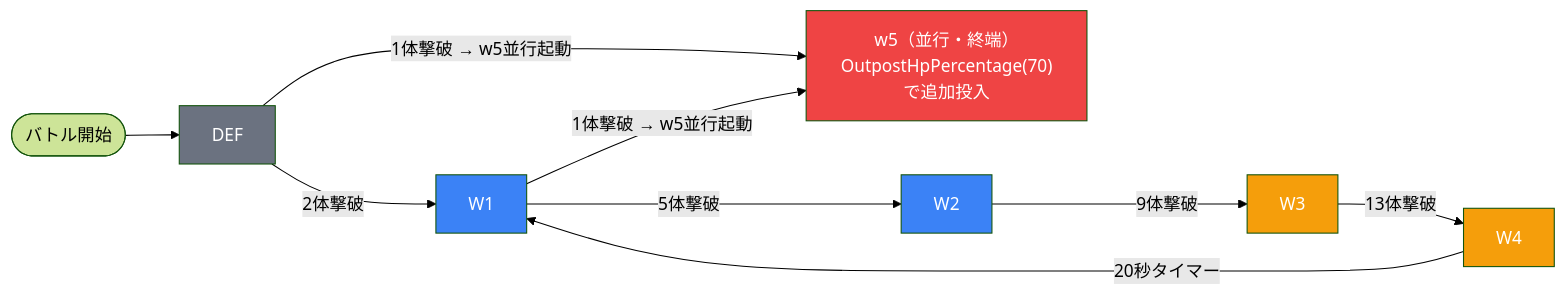
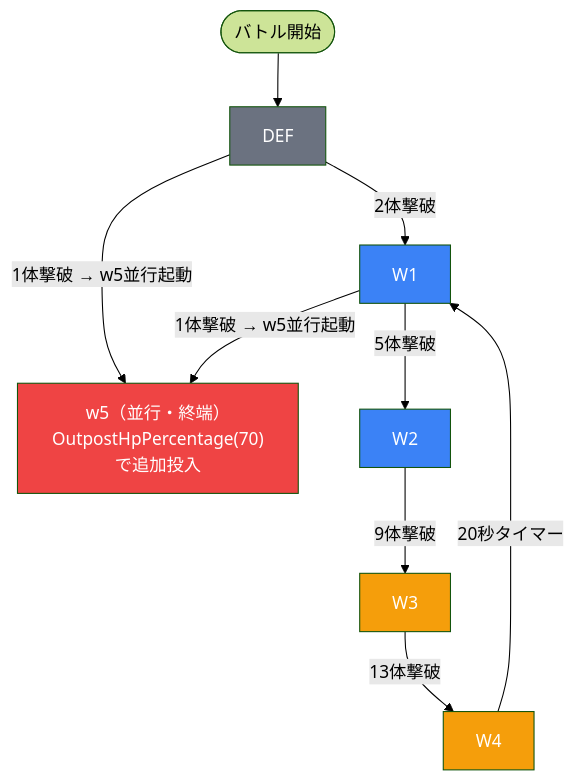
The diagram in .claude/skills/masterdata-ingame-detail-explainer/examples/event-example.md (Wonderplanet/glow-brain), drawn with Mermaid (forest theme) before and after one commit. The commit also changed 3 other files, not shown here.

Commit message:
[improve_masterdata_entry_flow] masterdata-ingame-detail-explainer Mermaidルールをスキル定義に反映

````diff
--- a/.claude/skills/masterdata-ingame-detail-explainer/examples/event-example.md
+++ b/.claude/skills/masterdata-ingame-detail-explainer/examples/event-example.md
@@ -21,19 +21,19 @@
 ```mermaid
-flowchart LR
+flowchart TD
     START([バトル開始]) --> DEF
     DEF -- "1体撃破 → w5並行起動" --> W5
     DEF -- "2体撃破" --> W1
     W1 -- "1体撃破 → w5並行起動" --> W5
     W1 -- "5体撃破" --> W2
     W2 -- "9体撃破" --> W3
     W3 -- "13体撃破" --> W4
     W4 -- "20秒タイマー" --> W1
     W5["w5（並行・終端）<br/>OutpostHpPercentage(70)で追加投入"]
 
     style DEF fill:#6b7280,color:#fff
     style W1 fill:#3b82f6,color:#fff
     style W2 fill:#3b82f6,color:#fff
     style W3 fill:#f59e0b,color:#fff
     style W4 fill:#f59e0b,color:#fff
     style W5 fill:#ef4444,color:#fff
 ```
````
